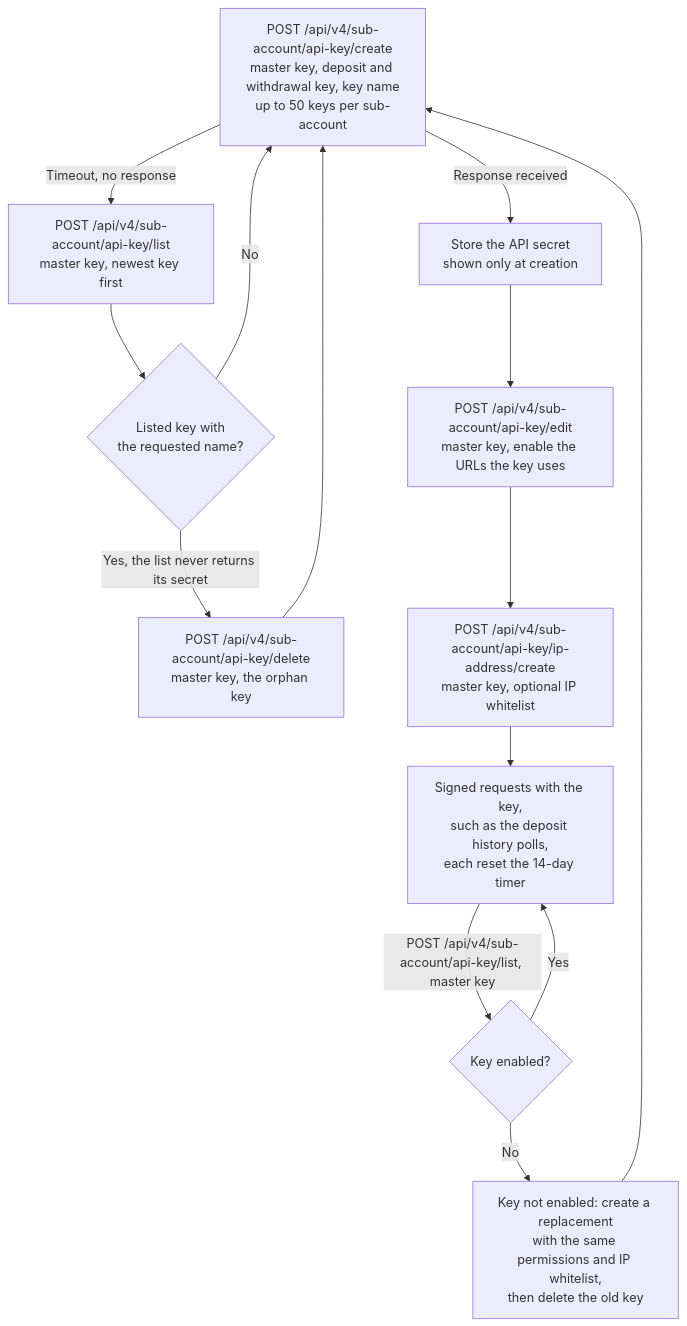
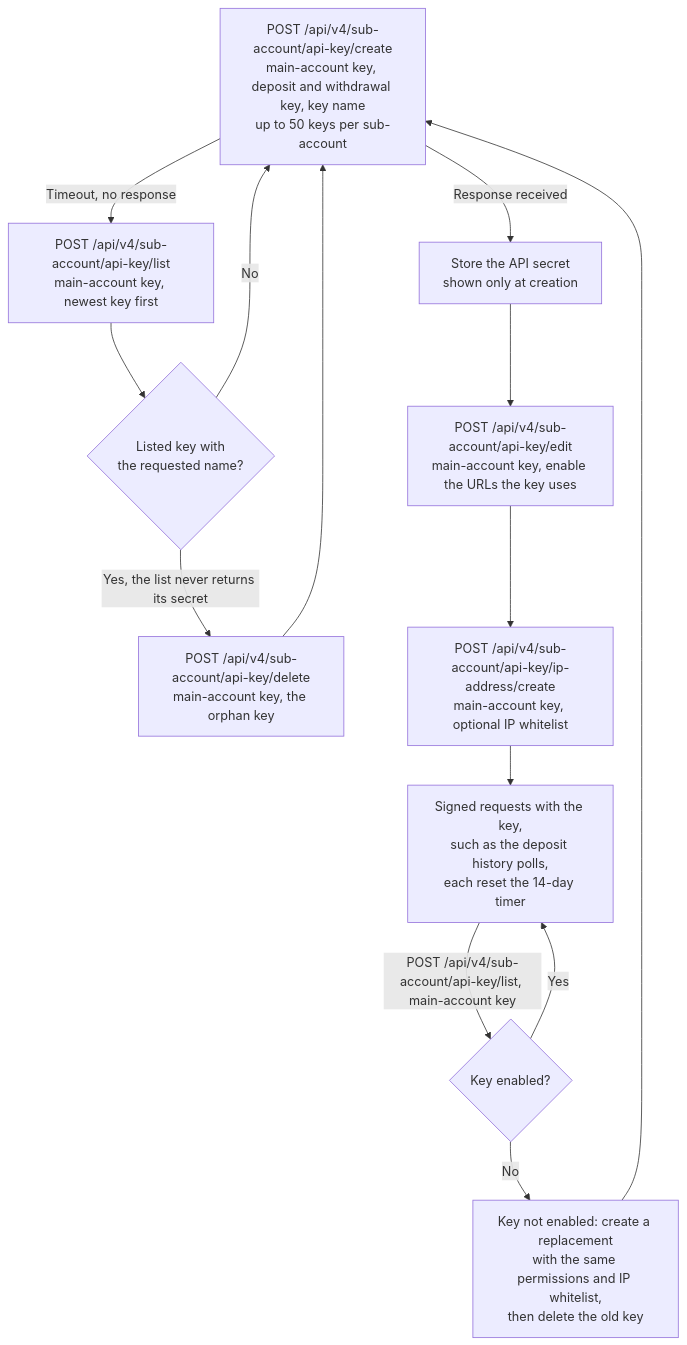
Before and after one commit to whitebit-exchange/docs: the fifth of 6 diagrams in guides/waas-integration.mdx, drawn with Mermaid. The commit also changed other lines of this file and 24 other files, not shown here.

Commit message:
docs(guide): rename master account to main account across the portal

````diff
--- a/guides/waas-integration.mdx
+++ b/guides/waas-integration.mdx
@@ -240,17 +240,17 @@
 ```mermaid
 flowchart TD
-    Create["POST /api/v4/sub-account/api-key/create<br/>master key, deposit and withdrawal key, key name<br/>up to 50 keys per sub-account"]
+    Create["POST /api/v4/sub-account/api-key/create<br/>main-account key, deposit and withdrawal key, key name<br/>up to 50 keys per sub-account"]
     Create -->|"Response received"| Store["Store the API secret<br/>shown only at creation"]
-    Create -->|"Timeout, no response"| Find["POST /api/v4/sub-account/api-key/list<br/>master key, newest key first"]
+    Create -->|"Timeout, no response"| Find["POST /api/v4/sub-account/api-key/list<br/>main-account key, newest key first"]
     Find --> Found{"Listed key with<br/>the requested name?"}
-    Found -->|"Yes, the list never returns its secret"| Orphan["POST /api/v4/sub-account/api-key/delete<br/>master key, the orphan key"]
+    Found -->|"Yes, the list never returns its secret"| Orphan["POST /api/v4/sub-account/api-key/delete<br/>main-account key, the orphan key"]
     Found -->|"No"| Create
     Orphan --> Create
-    Store --> Urls["POST /api/v4/sub-account/api-key/edit<br/>master key, enable the URLs the key uses"]
-    Urls --> Ip["POST /api/v4/sub-account/api-key/ip-address/create<br/>master key, optional IP whitelist"]
+    Store --> Urls["POST /api/v4/sub-account/api-key/edit<br/>main-account key, enable the URLs the key uses"]
+    Urls --> Ip["POST /api/v4/sub-account/api-key/ip-address/create<br/>main-account key, optional IP whitelist"]
     Ip --> Use["Signed requests with the key,<br/>such as the deposit history polls,<br/>each reset the 14-day timer"]
-    Use -->|"POST /api/v4/sub-account/api-key/list, master key"| Check{"Key enabled?"}
+    Use -->|"POST /api/v4/sub-account/api-key/list, main-account key"| Check{"Key enabled?"}
     Check -->|"Yes"| Use
     Check -->|"No"| Replace["Key not enabled: create a replacement<br/>with the same permissions and IP whitelist,<br/>then delete the old key"]
     Replace --> Create
 ```
````
